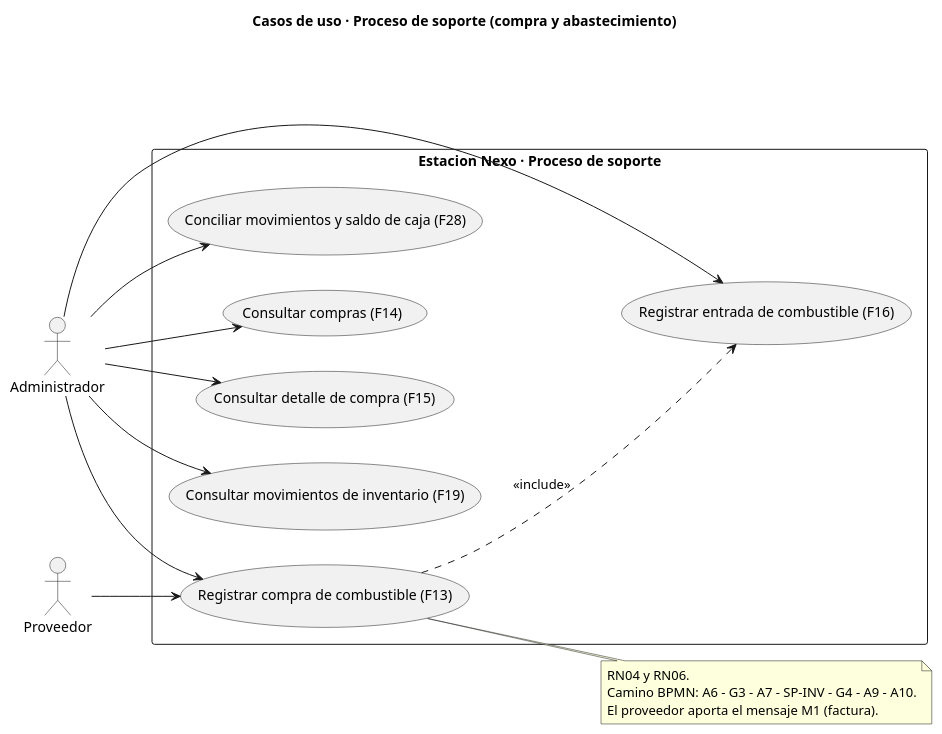
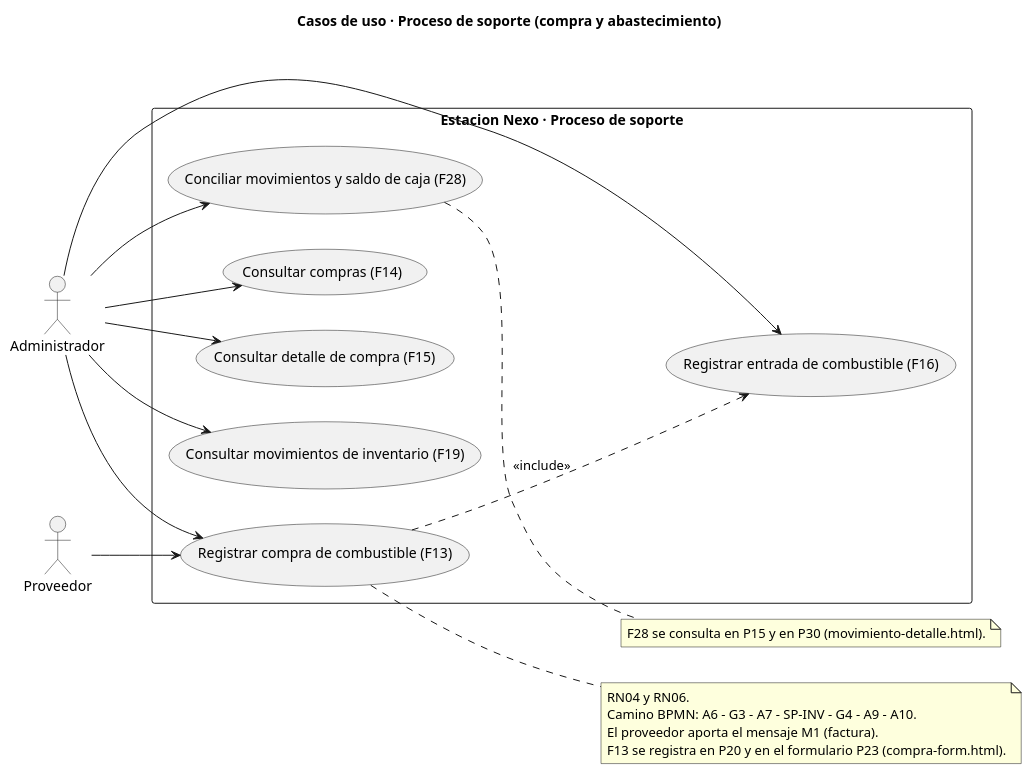
One commit to 4dr1-2529/gasolineria-ingweb changed the fourth of 4 diagrams in documentacion/10_productos_y_entregables.md. Above: the diagram before and after it, drawn with PlantUML. The commit also changed other lines of this file and 43 other files, not shown here.

````diff
--- a/documentacion/10_productos_y_entregables.md
+++ b/documentacion/10_productos_y_entregables.md
@@ -197,29 +208,33 @@
 ```plantuml
 @startuml
 left to right direction
 title Casos de uso · Proceso de soporte (compra y abastecimiento)
 actor "Administrador" as ADM
 actor "Proveedor" as PRV
 rectangle "Estacion Nexo · Proceso de soporte" {
   usecase "Registrar compra de combustible (F13)" as UC13
   usecase "Consultar compras (F14)" as UC14
   usecase "Consultar detalle de compra (F15)" as UC15
   usecase "Registrar entrada de combustible (F16)" as UC16
   usecase "Consultar movimientos de inventario (F19)" as UC19
   usecase "Conciliar movimientos y saldo de caja (F28)" as UC28
 }
 ADM --> UC13
 ADM --> UC14
 ADM --> UC15
 ADM --> UC16
 ADM --> UC19
 ADM --> UC28
 PRV --> UC13
 UC13 ..> UC16 : <<include>>
 note right of UC13
   RN04 y RN06.
   Camino BPMN: A6 - G3 - A7 - SP-INV - G4 - A9 - A10.
   El proveedor aporta el mensaje M1 (factura).
+  F13 se registra en P20 y en el formulario P23 (compra-form.html).
+end note
+note right of UC28
+  F28 se consulta en P15 y en P30 (movimiento-detalle.html).
 end note
 @enduml
 ```
````
